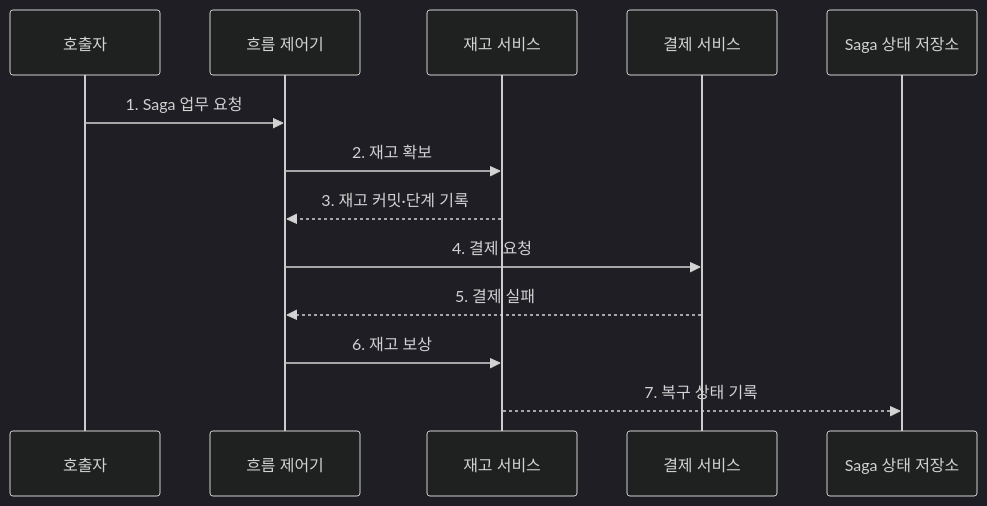
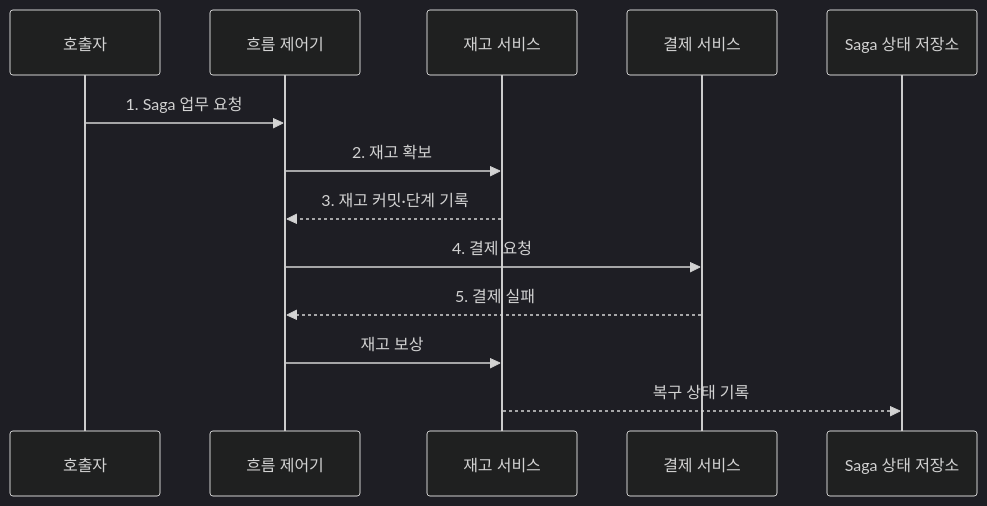
The second of 2 diagrams in src/content/docs/notes/03-software/044_saga_pattern.md (agnusdei1207/knowledge-base), drawn with Mermaid (dark theme) before and after one commit. The commit also changed other lines of this file and 238 other files, not shown here.

````diff
--- a/src/content/docs/notes/03-software/044_saga_pattern.md
+++ b/src/content/docs/notes/03-software/044_saga_pattern.md
@@ -84,15 +86,15 @@
 ```mermaid
 sequenceDiagram
     participant C as 호출자
     participant F as 흐름 제어기
     participant I as 재고 서비스
     participant P as 결제 서비스
     participant S as Saga 상태 저장소
     C->>F: 1. Saga 업무 요청
     F->>I: 2. 재고 확보
     I-->>F: 3. 재고 커밋·단계 기록
     F->>P: 4. 결제 요청
     P-->>F: 5. 결제 실패
-    F->>I: 6. 재고 보상
-    I-->>S: 7. 복구 상태 기록
+    F->>I: 재고 보상
+    I-->>S: 복구 상태 기록
 ```
````
